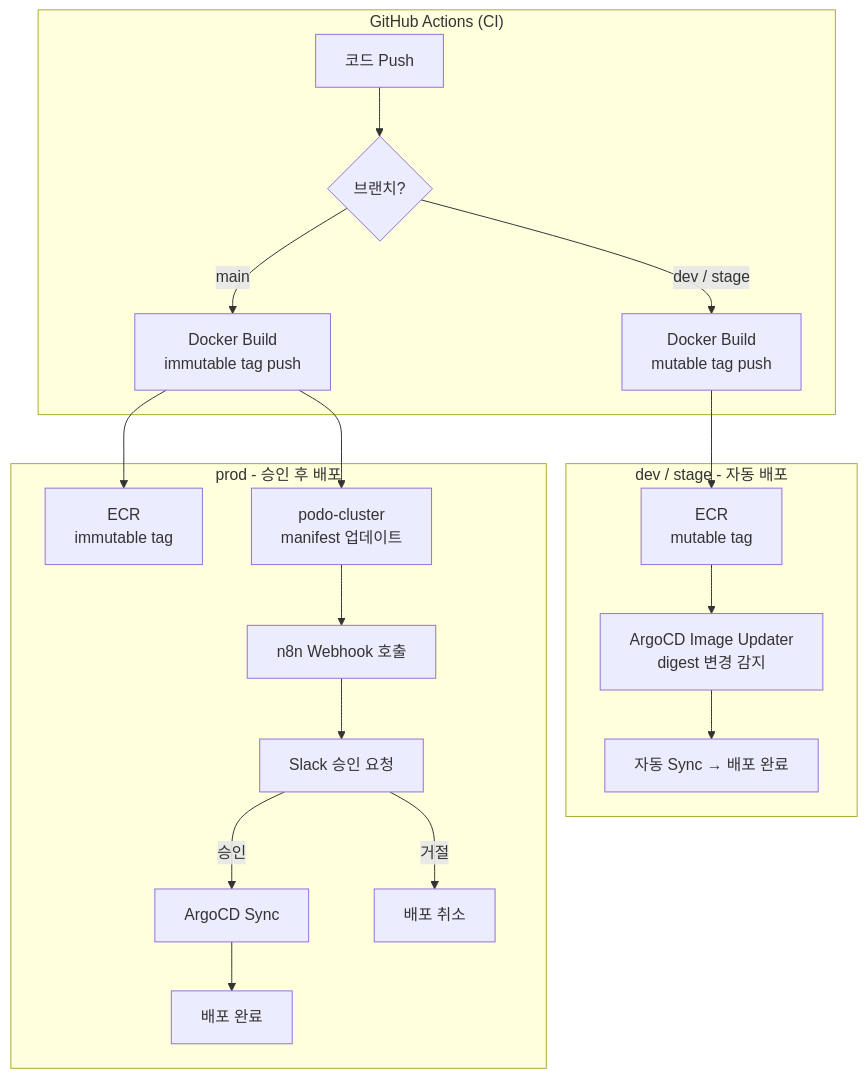
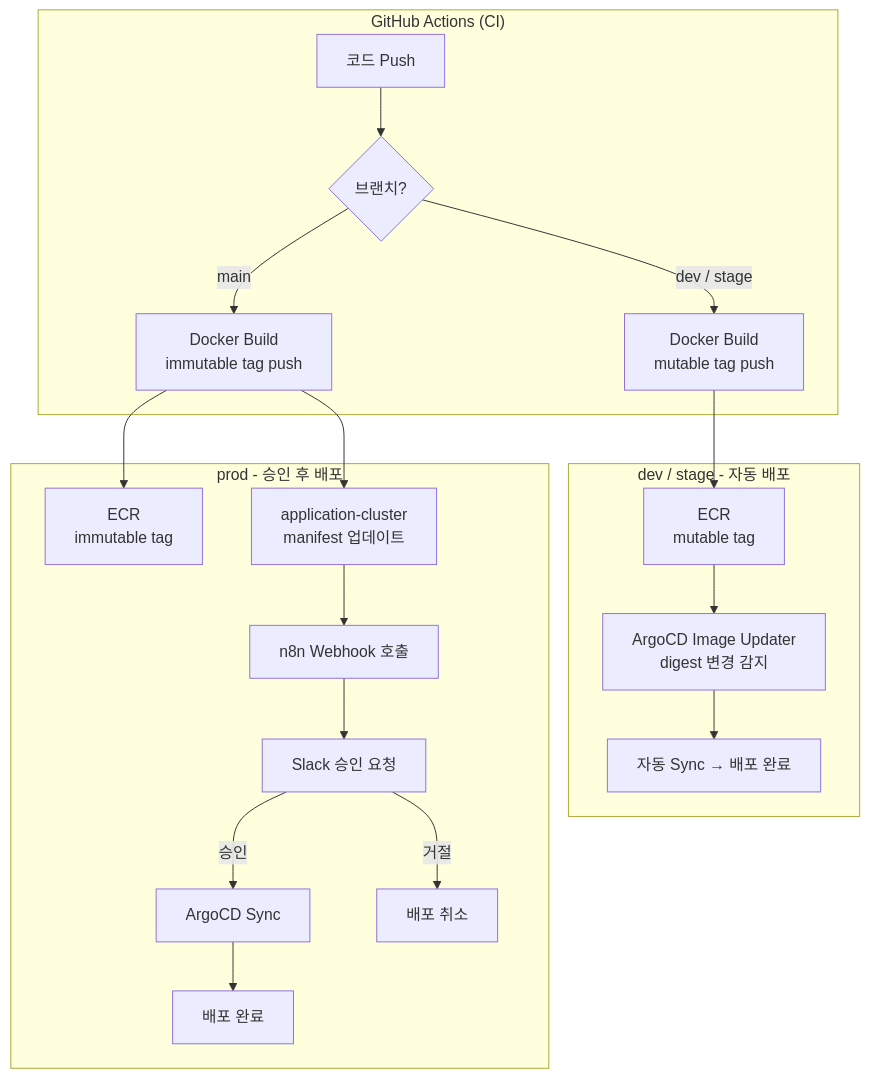
Before and after one commit to devy1540/devy1540.github.io: the first of 4 diagrams in content/posts/ko/gitops-argocd-n8n-deployment.md, drawn with Mermaid. The commit also changed other lines of this file and 36 other files, not shown here.

````diff
--- a/content/posts/ko/gitops-argocd-n8n-deployment.md
+++ b/content/posts/ko/gitops-argocd-n8n-deployment.md
@@ -23,24 +23,24 @@
 ```mermaid
 flowchart TB
     subgraph CI["GitHub Actions (CI)"]
         A[코드 Push] --> B{브랜치?}
         B -->|dev / stage| C[Docker Build\nmutable tag push]
         B -->|main| D[Docker Build\nimmutable tag push]
     end
 
     subgraph DEV_STAGE["dev / stage - 자동 배포"]
         C --> E[ECR\nmutable tag]
         E --> F[ArgoCD Image Updater\ndigest 변경 감지]
         F --> G[자동 Sync → 배포 완료]
     end
 
     subgraph PROD["prod - 승인 후 배포"]
         D --> H[ECR\nimmutable tag]
-        D --> I[podo-cluster\nmanifest 업데이트]
+        D --> I[application-cluster\nmanifest 업데이트]
         I --> J[n8n Webhook 호출]
         J --> K[Slack 승인 요청]
         K -->|승인| L[ArgoCD Sync]
         L --> M[배포 완료]
         K -->|거절| N[배포 취소]
     end
 ```
````
